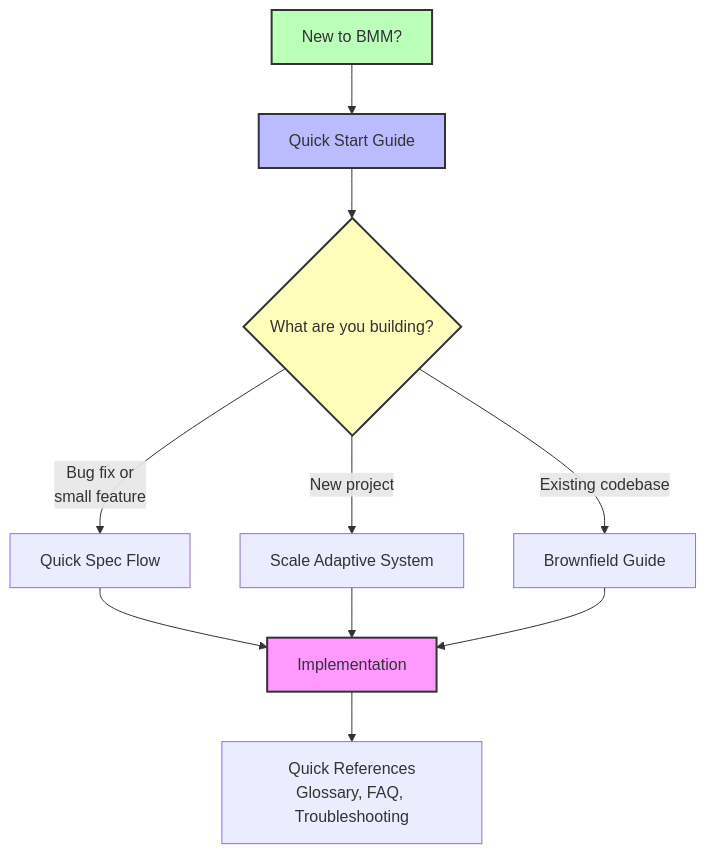
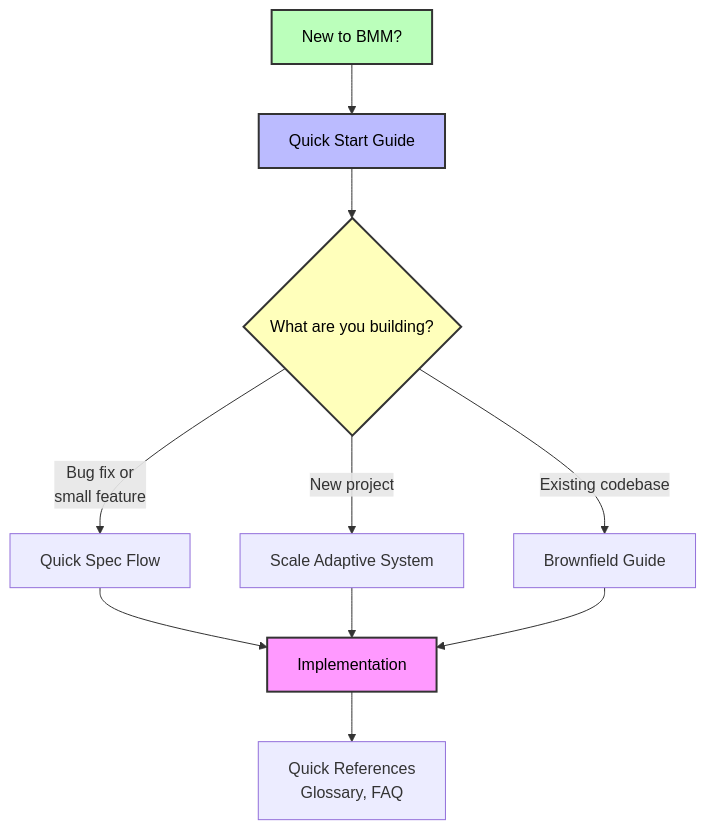
Before and after one commit to steven-d-pennington/symptom-tracker: the diagram in bmad/bmm/docs/README.md, drawn with Mermaid. The commit also changed other lines of this file and 204 other files, not shown here.

````diff
--- a/bmad/bmm/docs/README.md
+++ b/bmad/bmm/docs/README.md
@@ -200,22 +200,22 @@
 ```mermaid
 flowchart TD
     START[New to BMM?]
     START --> QS[Quick Start Guide]
 
     QS --> DECIDE{What are you building?}
 
     DECIDE -->|Bug fix or<br/>small feature| QSF[Quick Spec Flow]
     DECIDE -->|New project| SAS[Scale Adaptive System]
     DECIDE -->|Existing codebase| BF[Brownfield Guide]
 
     QSF --> IMPL[Implementation]
     SAS --> IMPL
     BF --> IMPL
 
-    IMPL --> REF[Quick References<br/>Glossary, FAQ, Troubleshooting]
+    IMPL --> REF[Quick References<br/>Glossary, FAQ]
 
-    style START fill:#bfb,stroke:#333,stroke-width:2px
-    style QS fill:#bbf,stroke:#333,stroke-width:2px
-    style DECIDE fill:#ffb,stroke:#333,stroke-width:2px
-    style IMPL fill:#f9f,stroke:#333,stroke-width:2px
+    style START fill:#bfb,stroke:#333,stroke-width:2px,color:#000
+    style QS fill:#bbf,stroke:#333,stroke-width:2px,color:#000
+    style DECIDE fill:#ffb,stroke:#333,stroke-width:2px,color:#000
+    style IMPL fill:#f9f,stroke:#333,stroke-width:2px,color:#000
 ```
````
